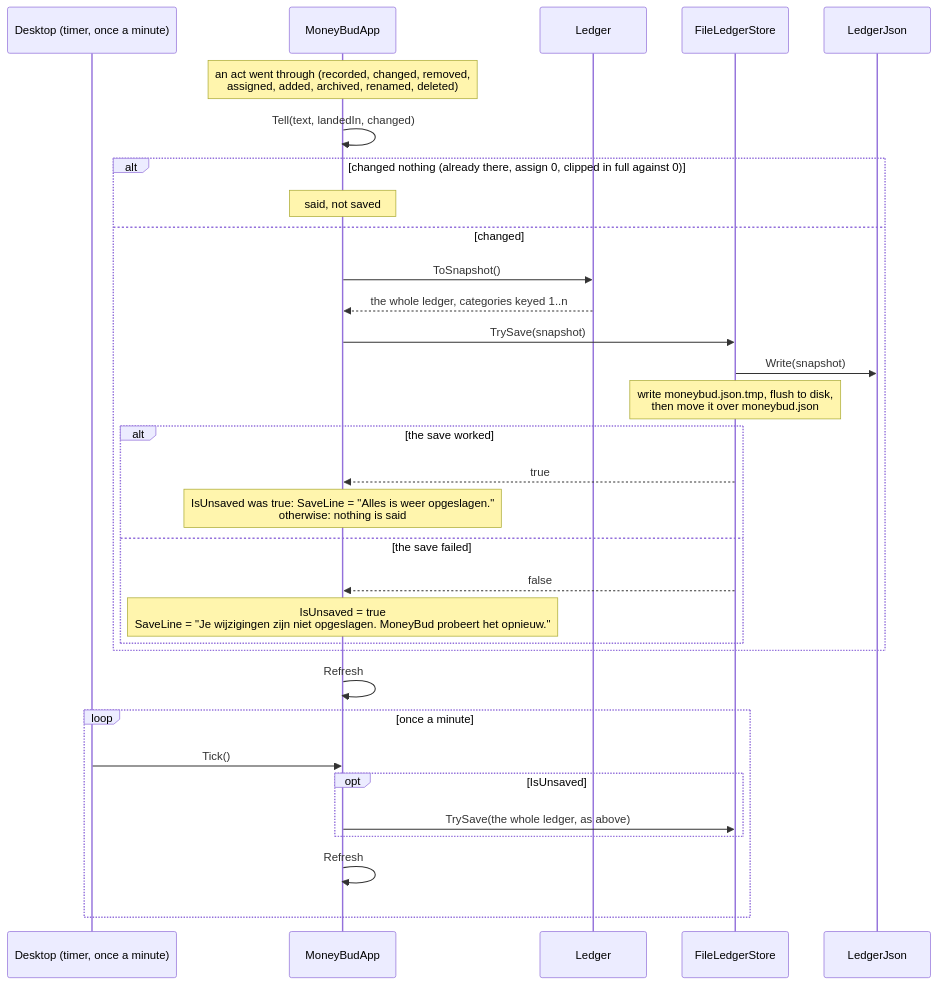
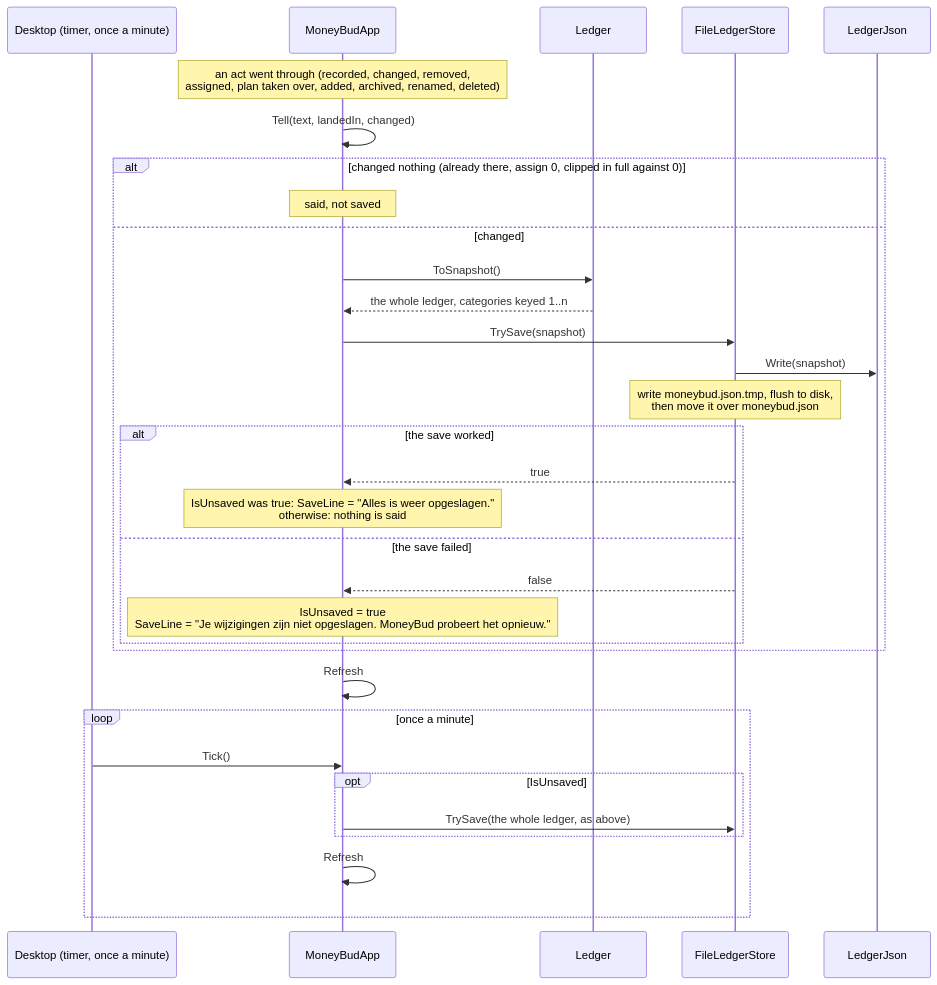
One commit to Axelkonijn/MoneyBud changed the third of 3 diagrams in docs/arc42/06-runtime-view.md. Above: the diagram before and after it, drawn with Mermaid. The commit also changed other lines of this file and 31 other files, not shown here.

````diff
--- a/docs/arc42/06-runtime-view.md
+++ b/docs/arc42/06-runtime-view.md
@@ -178,36 +191,36 @@
 ```mermaid
 sequenceDiagram
     participant Timer as Desktop (timer, once a minute)
     participant App as MoneyBudApp
     participant Ledger
     participant Store as FileLedgerStore
     participant Json as LedgerJson
 
-    Note over App: an act went through (recorded, changed, removed,<br/>assigned, added, archived, renamed, deleted)
+    Note over App: an act went through (recorded, changed, removed,<br/>assigned, plan taken over, added, archived, renamed, deleted)
     App->>App: Tell(text, landedIn, changed)
     alt changed nothing (already there, assign 0, clipped in full against 0)
         Note over App: said, not saved
     else changed
         App->>Ledger: ToSnapshot()
         Ledger-->>App: the whole ledger, categories keyed 1..n
         App->>Store: TrySave(snapshot)
         Store->>Json: Write(snapshot)
         Note over Store: write moneybud.json.tmp, flush to disk,<br/>then move it over moneybud.json
         alt the save worked
             Store-->>App: true
             Note over App: IsUnsaved was true: SaveLine = "Alles is weer opgeslagen."<br/>otherwise: nothing is said
         else the save failed
             Store-->>App: false
             Note over App: IsUnsaved = true<br/>SaveLine = "Je wijzigingen zijn niet opgeslagen. MoneyBud probeert het opnieuw."
         end
     end
     App->>App: Refresh
 
     loop once a minute
         Timer->>App: Tick()
         opt IsUnsaved
             App->>Store: TrySave(the whole ledger, as above)
         end
         App->>App: Refresh
     end
 ```
````
